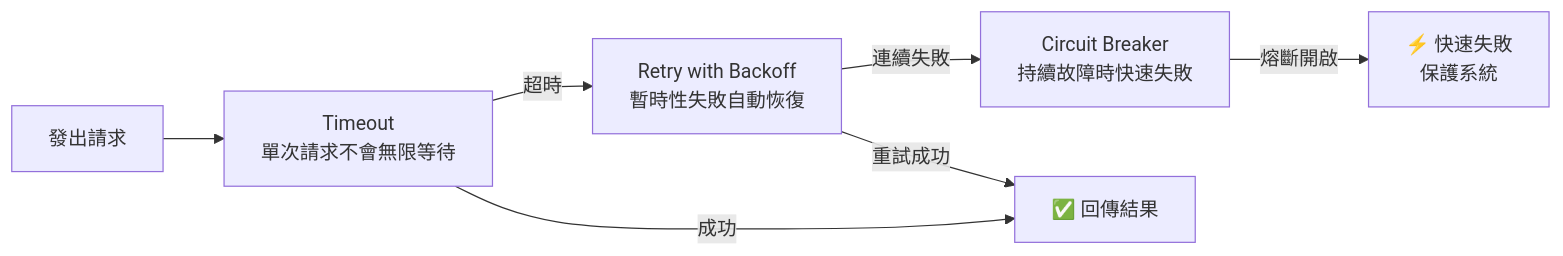
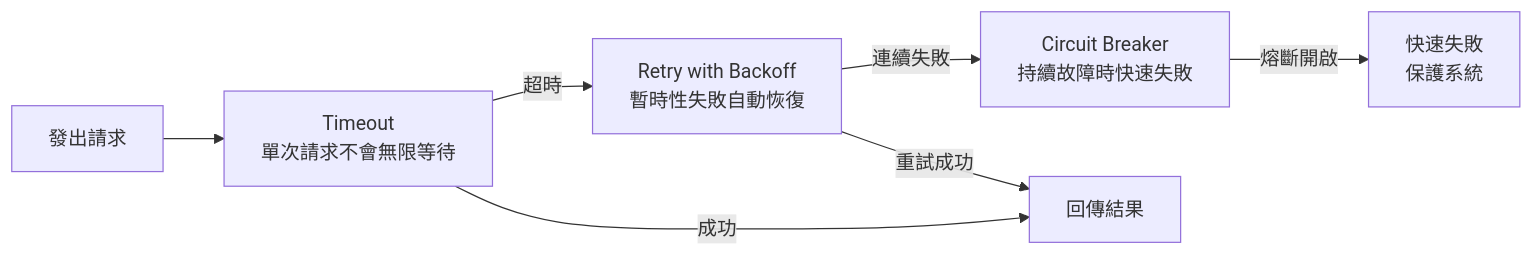
The diagram in src/content/posts/api-resilience-patterns.md (happyloa/Personal-Blog), drawn with Mermaid before and after one commit. The commit also changed 13 other files, not shown here.

Commit message:
修整文章格式與 Mermaid 圖表

````diff
--- a/src/content/posts/api-resilience-patterns.md
+++ b/src/content/posts/api-resilience-patterns.md
@@ -207,9 +207,9 @@
 ```mermaid
 flowchart LR
     A["發出請求"] --> B["Timeout\n單次請求不會無限等待"]
     B -->|"超時"| C["Retry with Backoff\n暫時性失敗自動恢復"]
     C -->|"連續失敗"| D["Circuit Breaker\n持續故障時快速失敗"]
-    B -->|"成功"| E["✅ 回傳結果"]
+    B -->|"成功"| E["回傳結果"]
     C -->|"重試成功"| E
-    D -->|"熔斷開啟"| F["⚡ 快速失敗\n保護系統"]
+    D -->|"熔斷開啟"| F["快速失敗\n保護系統"]
 ```
````
